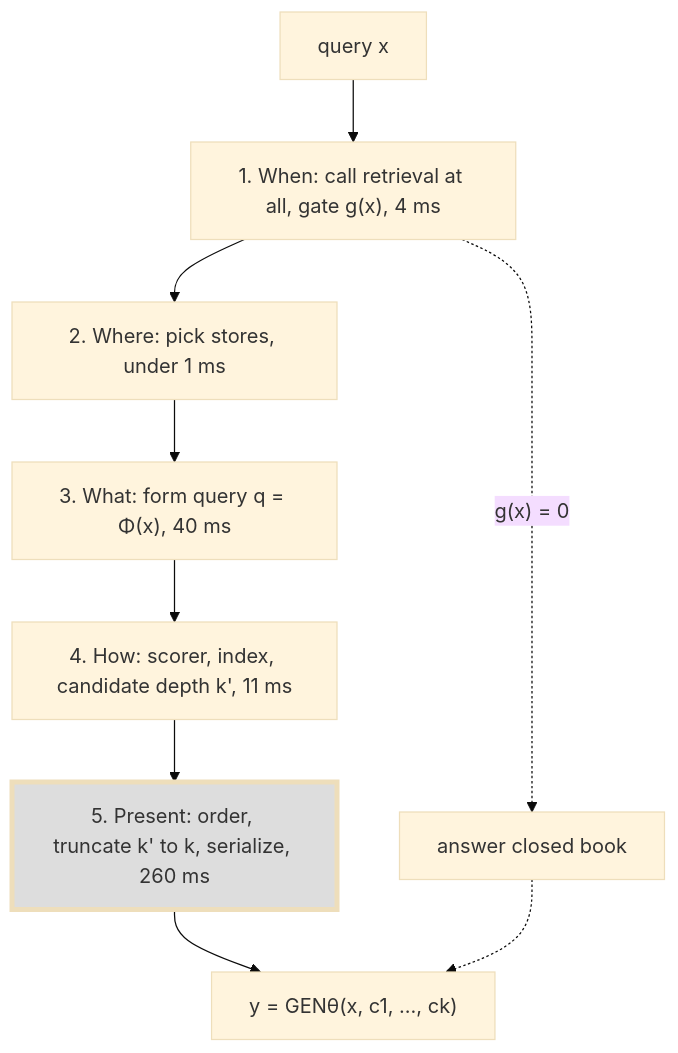
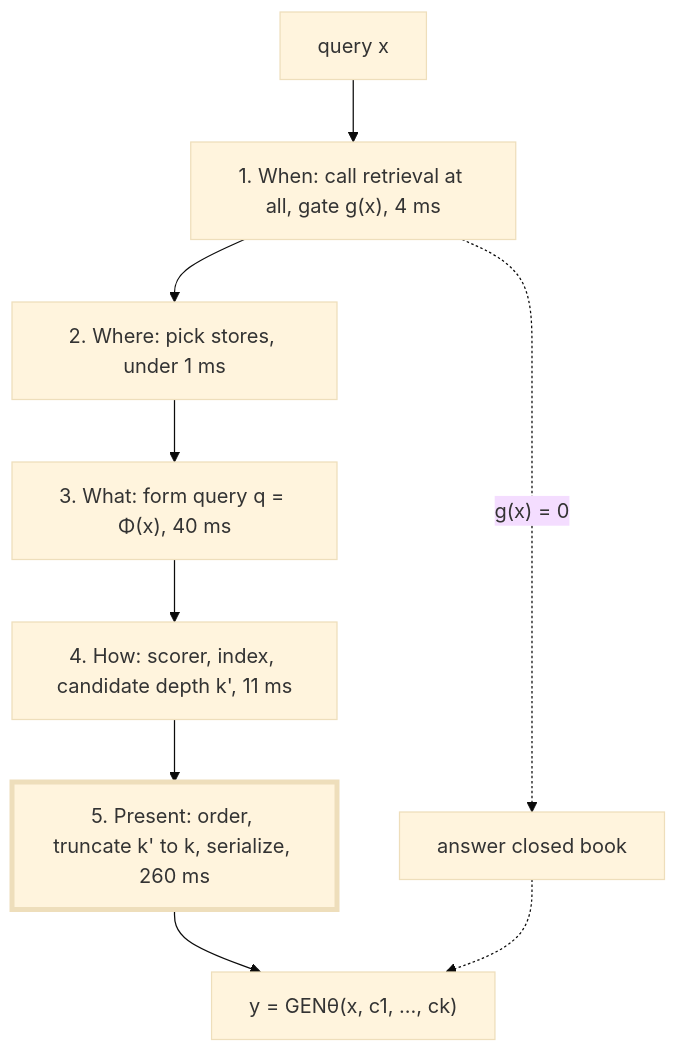
One commit to arunshar/rag-interview-chapters changed the first of 5 diagrams in chapters/03_a_repeatable_framework_for_any_rag_design_question.md. Above: the diagram before and after it, drawn with Mermaid (base theme). The commit also changed 14 other files, not shown here.

Commit message:
Fix Mermaid contrast across GitHub themes

````diff
--- a/chapters/03_a_repeatable_framework_for_any_rag_design_question.md
+++ b/chapters/03_a_repeatable_framework_for_any_rag_design_question.md
@@ -585,12 +585,12 @@
 ```mermaid
 flowchart TD
     Q["query x"] --> W["1. When: call retrieval at all, gate g(x), 4 ms"]
     W --> H["2. Where: pick stores, under 1 ms"]
     H --> T["3. What: form query q = Φ(x), 40 ms"]
     T --> R["4. How: scorer, index, candidate depth k', 11 ms"]
     R --> P["5. Present: order, truncate k' to k, serialize, 260 ms"]
     P --> G["y = GENθ(x, c1, ..., ck)"]
     W -. "g(x) = 0" .-> C["answer closed book"]
     C -.-> G
-    style P stroke-width:4px,fill:#dddddd
+    style P stroke-width:4px
 ```
````
